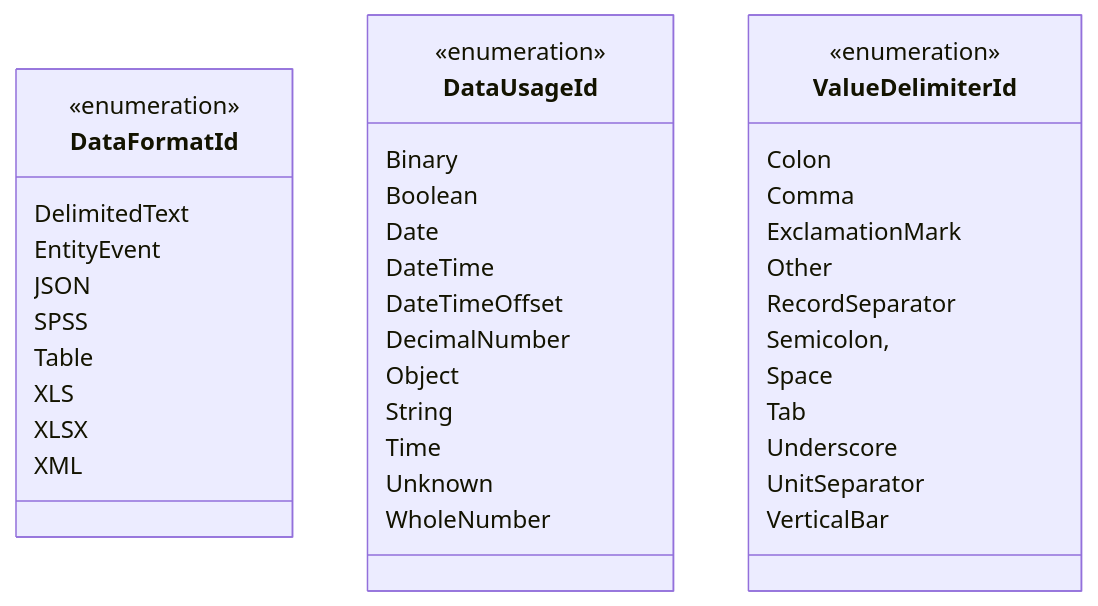
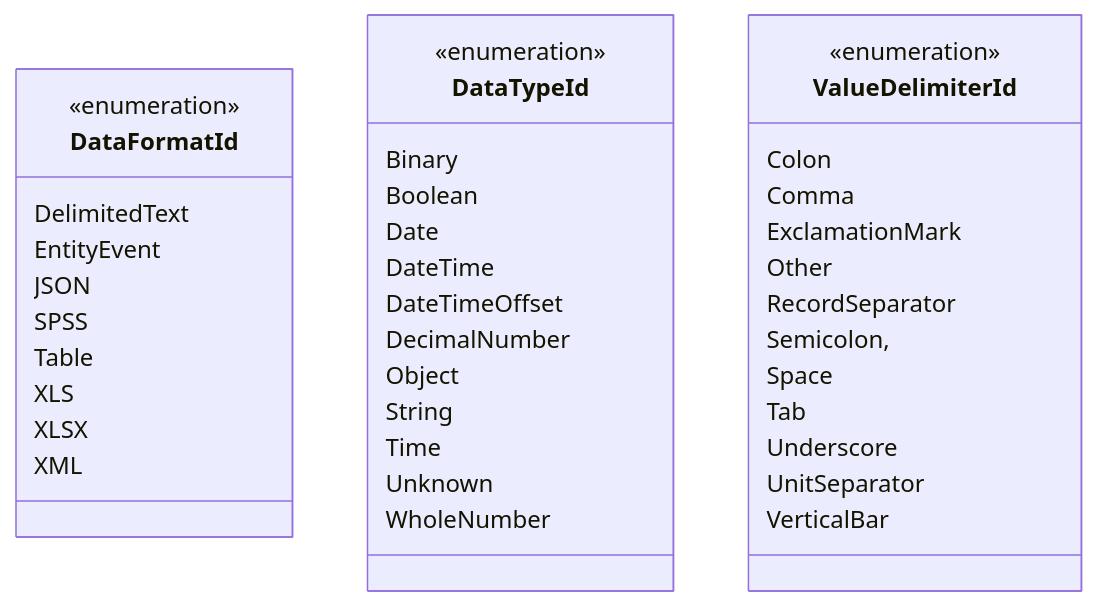
One commit to data-positioning/datapos-shared changed the seventh of 7 diagrams in README.md. Above: the diagram before and after it, drawn with Mermaid. The commit also changed other lines of this file and 4 other files, not shown here.

````diff
--- a/README.md
+++ b/README.md
@@ -244,46 +244,46 @@
 ```mermaid
 classDiagram
     direction TB
 
     class DataFormatId {
         <<enumeration>>
         DelimitedText
         EntityEvent
         JSON
         SPSS
         Table
         XLS
         XLSX
         XML
     }
 
-    class DataUsageId {
+    class DataTypeId {
         <<enumeration>>
         Binary
         Boolean
         Date
         DateTime
         DateTimeOffset
         DecimalNumber
         Object
         String
         Time
         Unknown
         WholeNumber
     }
 
     class ValueDelimiterId {
         <<enumeration>>
         Colon
         Comma
         ExclamationMark
         Other
         RecordSeparator
         Semicolon,
         Space
         Tab
         Underscore
         UnitSeparator
         VerticalBar
     }
 ```
````
